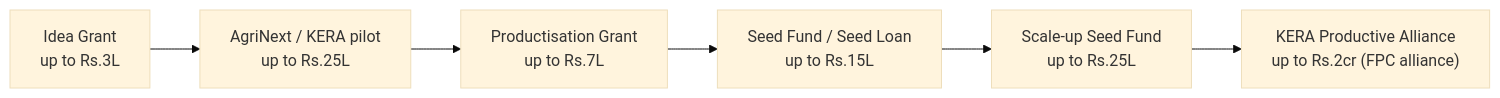
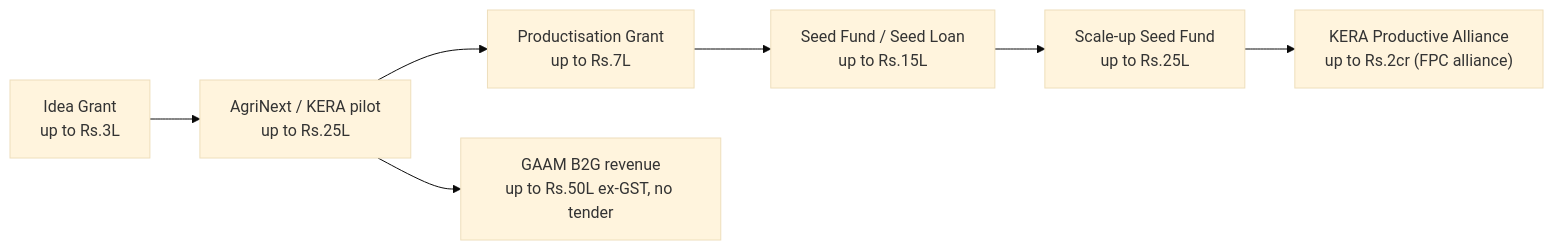
Before and after one commit to arunthanga/FarmTwin: the diagram in docs/07-funding-roadmap.md, drawn with Mermaid (base theme). The commit also changed other lines of this file and 18 other files, not shown here.

````diff
--- a/docs/07-funding-roadmap.md
+++ b/docs/07-funding-roadmap.md
@@ -6,8 +6,9 @@
 ```mermaid
 flowchart LR
   ig["Idea Grant<br/>up to Rs.3L"] --> an["AgriNext / KERA pilot<br/>up to Rs.25L"]
   an --> pg["Productisation Grant<br/>up to Rs.7L"]
   pg --> sf["Seed Fund / Seed Loan<br/>up to Rs.15L"]
   sf --> su["Scale-up Seed Fund<br/>up to Rs.25L"]
   su --> pa["KERA Productive Alliance<br/>up to Rs.2cr (FPC alliance)"]
+  an --> gaam["GAAM B2G revenue<br/>up to Rs.50L ex-GST, no tender"]
 ```
````
